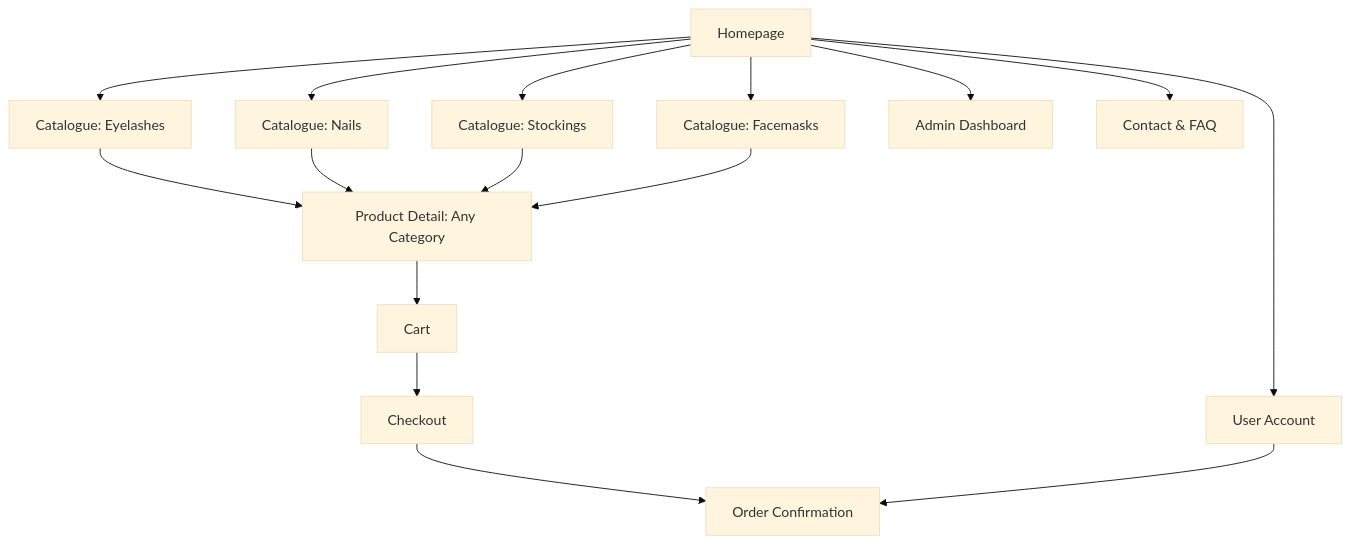
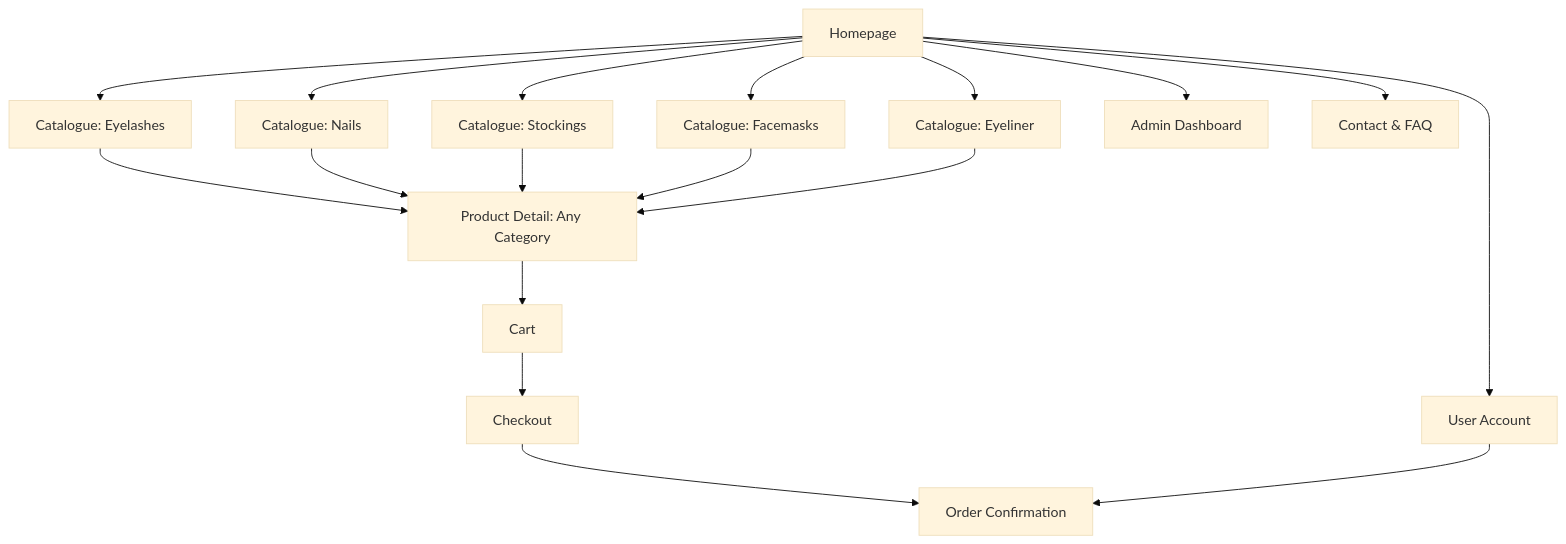
Before and after one commit to misterfitzy/false-eyelash-store: the diagram in specs/product-spec.md, drawn with Mermaid (base theme). The commit also changed other lines of this file, not shown here.

Commit message:
Update spec: Add eyeliner as core product category (catalog, filter, admin, checkout, data model, user stories, site map).

````diff
--- a/specs/product-spec.md
+++ b/specs/product-spec.md
@@ -66,31 +66,34 @@
 ```mermaid
 graph TD
   A[Homepage]
   B[Catalogue: Eyelashes]
   B2[Catalogue: Nails]
   B3[Catalogue: Stockings]
   B4[Catalogue: Facemasks]
+  B5[Catalogue: Eyeliner]
   C[Product Detail: Any Category]
   D[Cart]
   E[Checkout]
   F[Order Confirmation]
   G[User Account]
   H[Admin Dashboard]
   I[Contact & FAQ]
 
   A --> B
   A --> B2
   A --> B3
   A --> B4
+  A --> B5
   B --> C
   B2 --> C
   B3 --> C
   B4 --> C
+  B5 --> C
   C --> D
   D --> E
   E --> F
   A --> G
   A --> I
   G --> F
   A --> H
 ```
````
